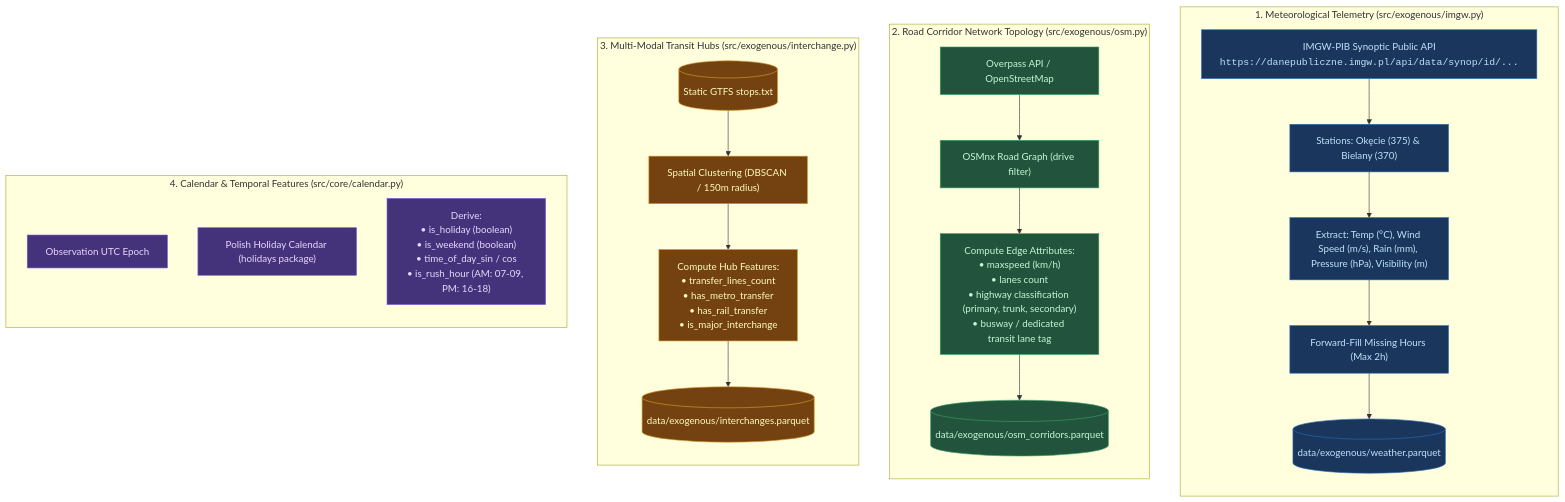
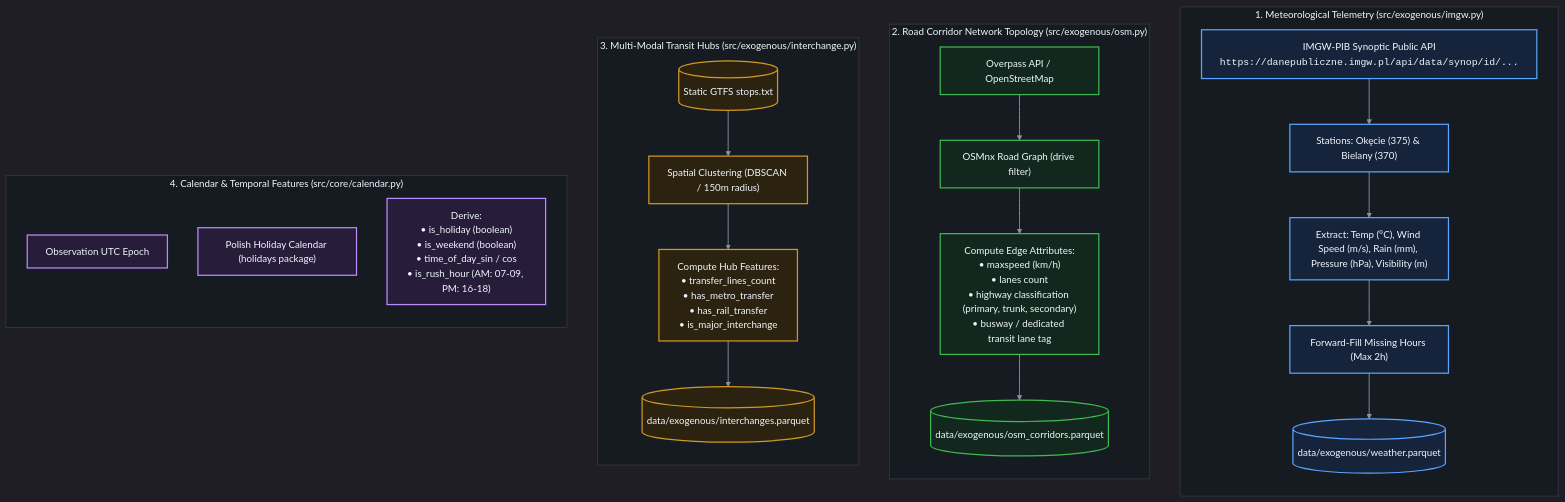
Before and after one commit to giangh14cqt/warsaw-public-transport-monitor: the first of 2 diagrams in architect/data_processing/exogenous_enrichment.md, drawn with Mermaid. The commit also changed other lines of this file and 9 other files, not shown here.

First line of the commit message:
style(architect): optimize all Mermaid diagrams for GitHub dark theme readability

````diff
--- a/architect/data_processing/exogenous_enrichment.md
+++ b/architect/data_processing/exogenous_enrichment.md
@@ -9,51 +9,76 @@
 ```mermaid
+%%{init: {
+  'theme': 'dark',
+  'themeVariables': {
+    'darkMode': true,
+    'background': '#0d1117',
+    'mainBkg': '#161b22',
+    'primaryColor': '#1f2937',
+    'primaryTextColor': '#f0f6fc',
+    'primaryBorderColor': '#58a6ff',
+    'lineColor': '#8b949e',
+    'secondaryColor': '#161b22',
+    'tertiaryColor': '#21262d',
+    'clusterBkg': '#161b22',
+    'clusterBorder': '#30363d',
+    'edgeLabelBackground': '#161b22'
+  }
+}}%%
 flowchart TD
     subgraph WeatherSub ["1. Meteorological Telemetry (src/exogenous/imgw.py)"]
         direction TB
         IMGW_API["IMGW-PIB Synoptic Public API<br/><code>https://danepubliczne.imgw.pl/api/data/synop/id/...</code>"]
         Stations["Stations: Okęcie (375) & Bielany (370)"]
         W_Extract["Extract: Temp (°C), Wind Speed (m/s), Rain (mm), Pressure (hPa), Visibility (m)"]
         W_Fill["Forward-Fill Missing Hours (Max 2h)"]
         W_Out[("data/exogenous/weather.parquet")]
 
         IMGW_API --> Stations --> W_Extract --> W_Fill --> W_Out
     end
 
     subgraph OSMSub ["2. Road Corridor Network Topology (src/exogenous/osm.py)"]
         direction TB
         Overpass["Overpass API / OpenStreetMap"]
         OSM_Extract["OSMnx Road Graph (drive filter)"]
         OSM_Metrics["Compute Edge Attributes:<br/>• maxspeed (km/h)<br/>• lanes count<br/>• highway classification (primary, trunk, secondary)<br/>• busway / dedicated transit lane tag"]
         OSM_Out[("data/exogenous/osm_corridors.parquet")]
 
         Overpass --> OSM_Extract --> OSM_Metrics --> OSM_Out
     end
 
     subgraph HubSub ["3. Multi-Modal Transit Hubs (src/exogenous/interchange.py)"]
         direction TB
         StaticStops[("Static GTFS stops.txt")]
         Hub_Cluster["Spatial Clustering (DBSCAN / 150m radius)"]
         Hub_Metrics["Compute Hub Features:<br/>• transfer_lines_count<br/>• has_metro_transfer<br/>• has_rail_transfer<br/>• is_major_interchange"]
         Hub_Out[("data/exogenous/interchanges.parquet")]
 
         StaticStops --> Hub_Cluster --> Hub_Metrics --> Hub_Out
     end
 
     subgraph CalendarSub ["4. Calendar & Temporal Features (src/core/calendar.py)"]
         direction TB
         Epoch["Observation UTC Epoch"]
         CalEngine["Polish Holiday Calendar (holidays package)"]
         Cal_Metrics["Derive:<br/>• is_holiday (boolean)<br/>• is_weekend (boolean)<br/>• time_of_day_sin / cos<br/>• is_rush_hour (AM: 07-09, PM: 16-18)"]
     end
 
-    %% Styles
-    classDef wStyle fill:#1a365d,stroke:#2b6cb0,color:#bee3f8;
-    classDef oStyle fill:#22543d,stroke:#38a169,color:#c6f6d5;
-    classDef hStyle fill:#744210,stroke:#d69e2e,color:#fefcbf;
-    classDef cStyle fill:#44337a,stroke:#805ad5,color:#e9d8fd;
+    %% Subgraph Styling
+    style WeatherSub fill:#161b22,stroke:#30363d,stroke-width:1.5px,color:#f0f6fc
+    style OSMSub fill:#161b22,stroke:#30363d,stroke-width:1.5px,color:#f0f6fc
+    style HubSub fill:#161b22,stroke:#30363d,stroke-width:1.5px,color:#f0f6fc
+    style CalendarSub fill:#161b22,stroke:#30363d,stroke-width:1.5px,color:#f0f6fc
+
+    %% High-Contrast Node Styling
+    classDef wStyle fill:#16243b,stroke:#58a6ff,stroke-width:2px,color:#f0f6fc;
+    classDef oStyle fill:#12281e,stroke:#3fb950,stroke-width:2px,color:#f0f6fc;
+    classDef hStyle fill:#2c2210,stroke:#d29922,stroke-width:2px,color:#f0f6fc;
+    classDef cStyle fill:#271d3b,stroke:#bc8cff,stroke-width:2px,color:#f0f6fc;
+
+    linkStyle default stroke:#8b949e,stroke-width:1.5px;
 
     class IMGW_API,Stations,W_Extract,W_Fill,W_Out wStyle;
     class Overpass,OSM_Extract,OSM_Metrics,OSM_Out oStyle;
     class StaticStops,Hub_Cluster,Hub_Metrics,Hub_Out hStyle;
     class Epoch,CalEngine,Cal_Metrics cStyle;
 ```
````
